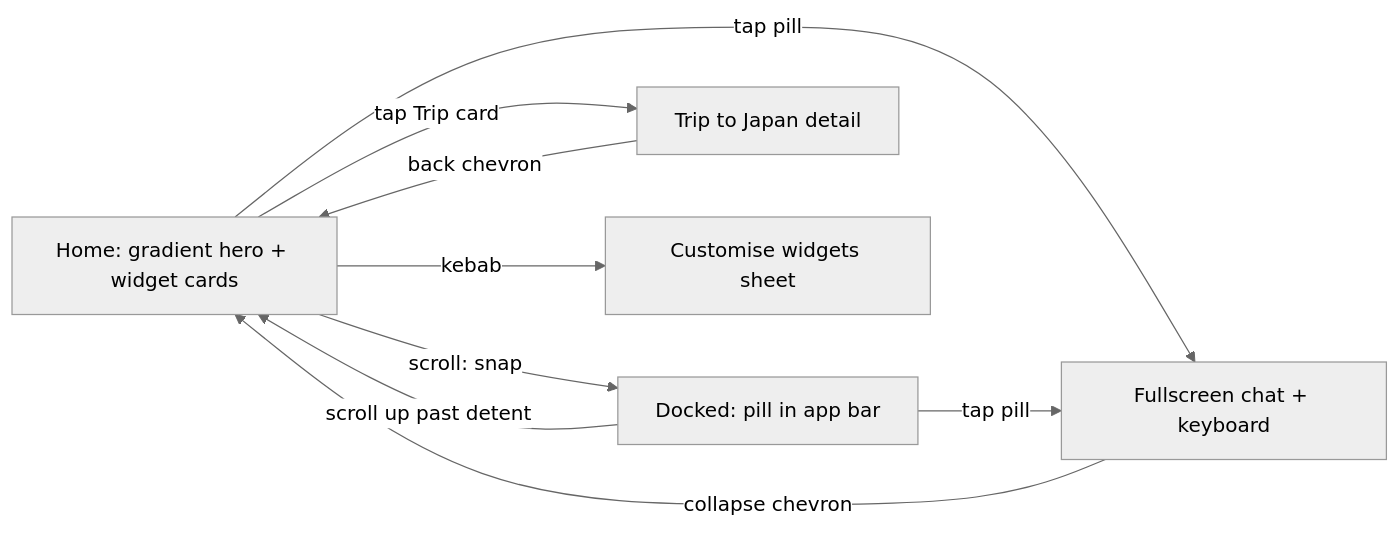
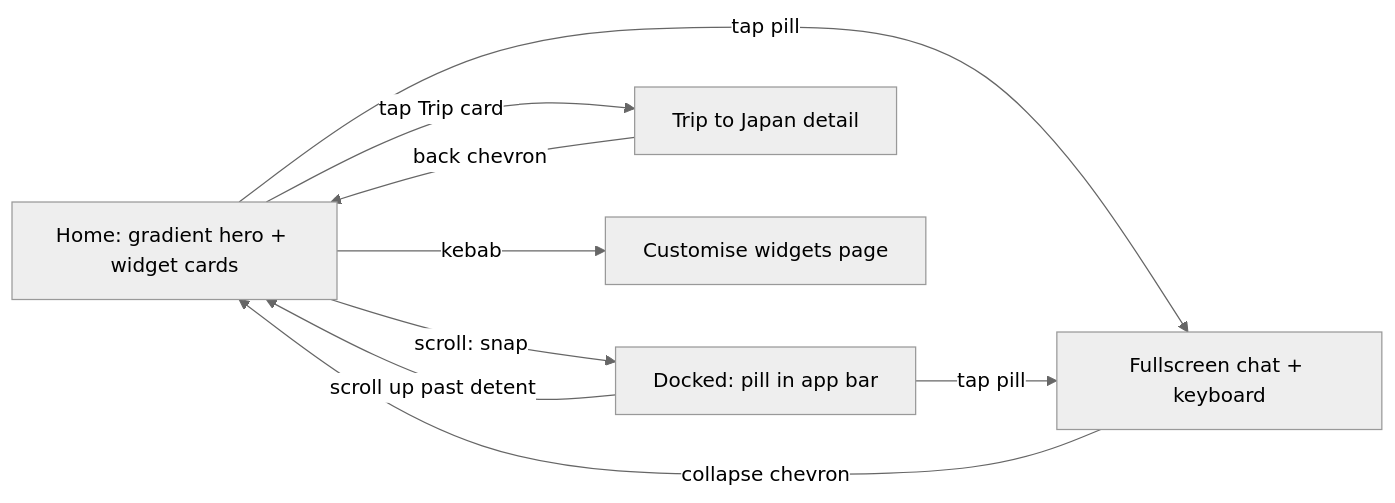
One commit to TheAnirudhBhat/aibanker-design changed the diagram in docs/return-exp1-spec.md. Above: the diagram before and after it, drawn with Mermaid (neutral theme). The commit also changed other lines of this file and 4 other files, not shown here.

````diff
--- a/docs/return-exp1-spec.md
+++ b/docs/return-exp1-spec.md
@@ -16,11 +16,11 @@
 ```mermaid
 flowchart LR
   A[Home: gradient hero + widget cards] -->|scroll: snap| B[Docked: pill in app bar]
   B -->|scroll up past detent| A
   A -->|tap pill| C[Fullscreen chat + keyboard]
   B -->|tap pill| C
   C -->|collapse chevron| A
   A -->|tap Trip card| D[Trip to Japan detail]
   D -->|back chevron| A
-  A -->|kebab| E[Customise widgets sheet]
+  A -->|kebab| E[Customise widgets page]
 ```
````
